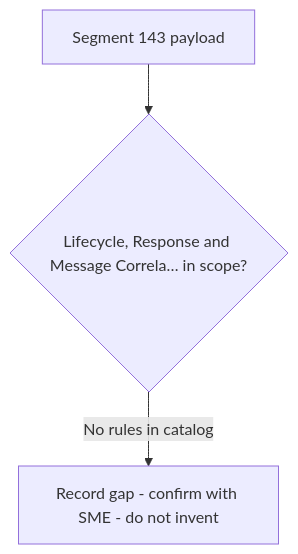
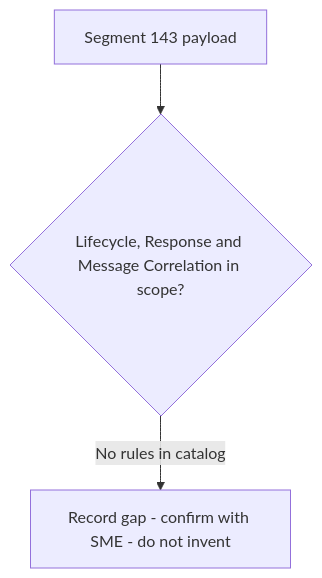
The diagram in regression-artifact-validator/specifications/ATL105/docs/specs/kb/segment-143/lifecycle-response-correlation-flow.md (DhanSingh-hub/core-auth-ai-validation-framework), drawn with Mermaid before and after one commit. The commit also changed 150 other files, not shown here.

````diff
--- a/regression-artifact-validator/specifications/ATL105/docs/specs/kb/segment-143/lifecycle-response-correlation-flow.md
+++ b/regression-artifact-validator/specifications/ATL105/docs/specs/kb/segment-143/lifecycle-response-correlation-flow.md
@@ -3,5 +3,5 @@
 ```mermaid
 flowchart TD
-    A[Segment 143 payload] --> B{Lifecycle, Response and Message Correla… in scope?}
+    A[Segment 143 payload] --> B{Lifecycle, Response and Message Correlation in scope?}
     B -->|No rules in catalog| G[Record gap - confirm with SME - do not invent]
 ```
````
